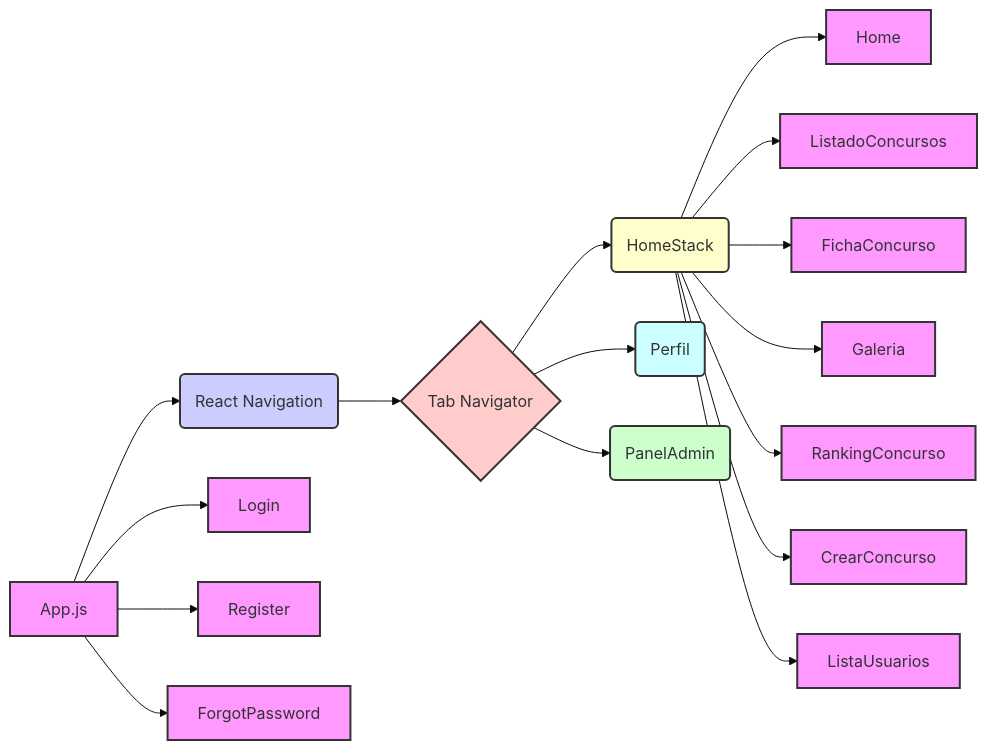
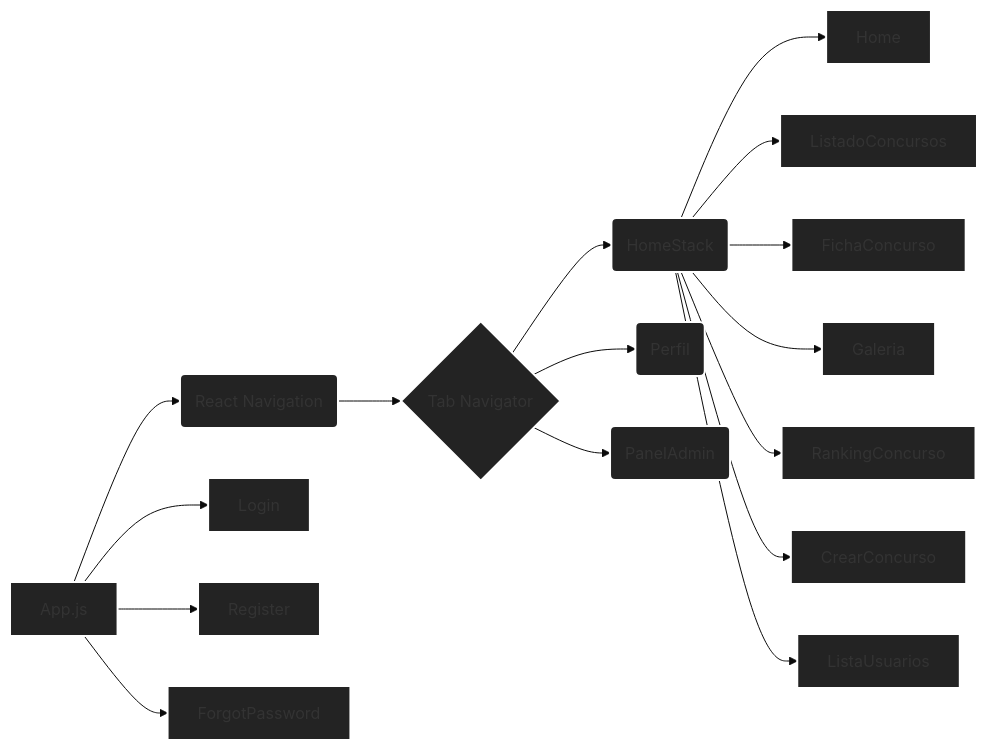
The first of 2 diagrams in DOCUMENTATION.md (whejhe/Proyecto-Final-DAM), drawn with Mermaid (base theme) before and after one commit.

Commit message:
actualizar

````diff
--- a/DOCUMENTATION.md
+++ b/DOCUMENTATION.md
@@ -40,34 +40,34 @@
 ```mermaid
 graph LR
     A[App.js] --> B(React Navigation);
     B --> C{Tab Navigator};
     C --> D(HomeStack);
     C --> E(Perfil);
     C --> F(PanelAdmin);
     D --> G[Home];
     D --> H[ListadoConcursos];
     D --> I[FichaConcurso];
     D --> J[Galeria];
     D --> K[RankingConcurso];
     D --> L[CrearConcurso];
     D --> M[ListaUsuarios];
     A --> N[Login];
     A --> O[Register];
     A --> P[ForgotPassword];
-    style A fill:#f9f,stroke:#333,stroke-width:2px
-    style B fill:#ccf,stroke:#333,stroke-width:2px
-    style C fill:#fcc,stroke:#333,stroke-width:2px
-    style D fill:#ffc,stroke:#333,stroke-width:2px
-    style E fill:#cff,stroke:#333,stroke-width:2px
-    style F fill:#cfc,stroke:#333,stroke-width:2px
-    style G fill:#f9f,stroke:#333,stroke-width:2px
-    style H fill:#f9f,stroke:#333,stroke-width:2px
-    style I fill:#f9f,stroke:#333,stroke-width:2px
-    style J fill:#f9f,stroke:#333,stroke-width:2px
-    style K fill:#f9f,stroke:#333,stroke-width:2px
-    style L fill:#f9f,stroke:#333,stroke-width:2px
-    style M fill:#f9f,stroke:#333,stroke-width:2px
-    style N fill:#f9f,stroke:#333,stroke-width:2px
-    style O fill:#f9f,stroke:#333,stroke-width:2px
-    style P fill:#f9f,stroke:#333,stroke-width:2px
+    style A fill:#232323,stroke:#fff,stroke-width:2px
+    style B fill:#232323,stroke:#fff,stroke-width:2px
+    style C fill:#232323,stroke:#fff,stroke-width:2px
+    style D fill:#232323,stroke:#fff,stroke-width:2px
+    style E fill:#232323,stroke:#fff,stroke-width:2px
+    style F fill:#232323,stroke:#fff,stroke-width:2px
+    style G fill:#232323,stroke:#fff,stroke-width:2px
+    style H fill:#232323,stroke:#fff,stroke-width:2px
+    style I fill:#232323,stroke:#fff,stroke-width:2px
+    style J fill:#232323,stroke:#fff,stroke-width:2px
+    style K fill:#232323,stroke:#fff,stroke-width:2px
+    style L fill:#232323,stroke:#fff,stroke-width:2px
+    style M fill:#232323,stroke:#fff,stroke-width:2px
+    style N fill:#232323,stroke:#fff,stroke-width:2px
+    style O fill:#232323,stroke:#fff,stroke-width:2px
+    style P fill:#232323,stroke:#fff,stroke-width:2px
 ```
````
